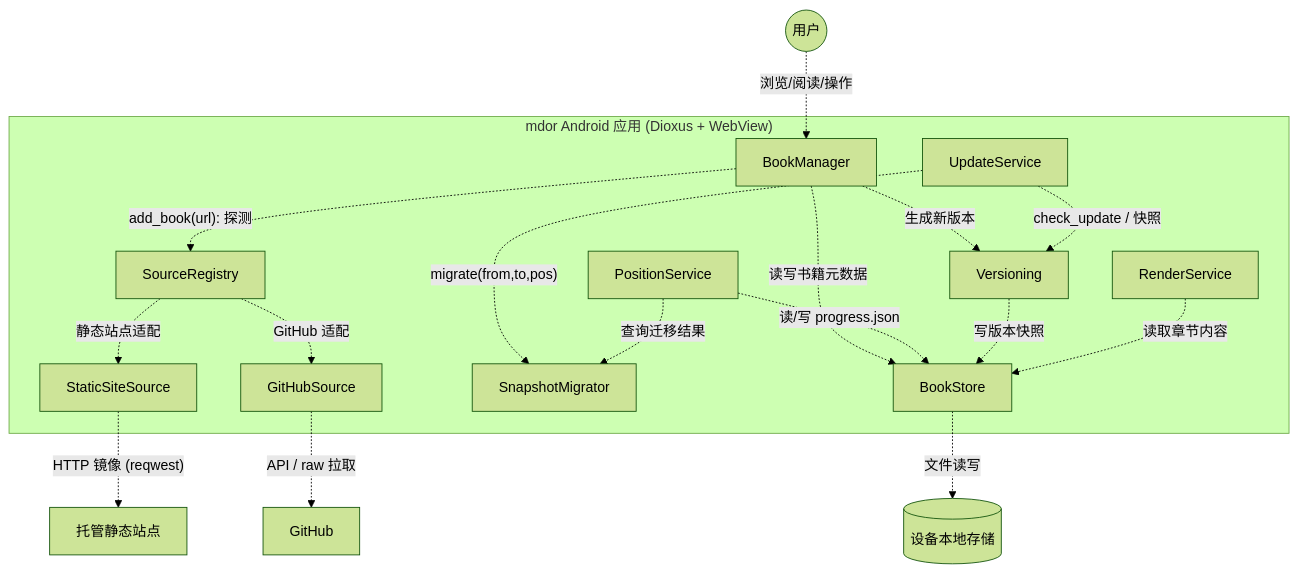
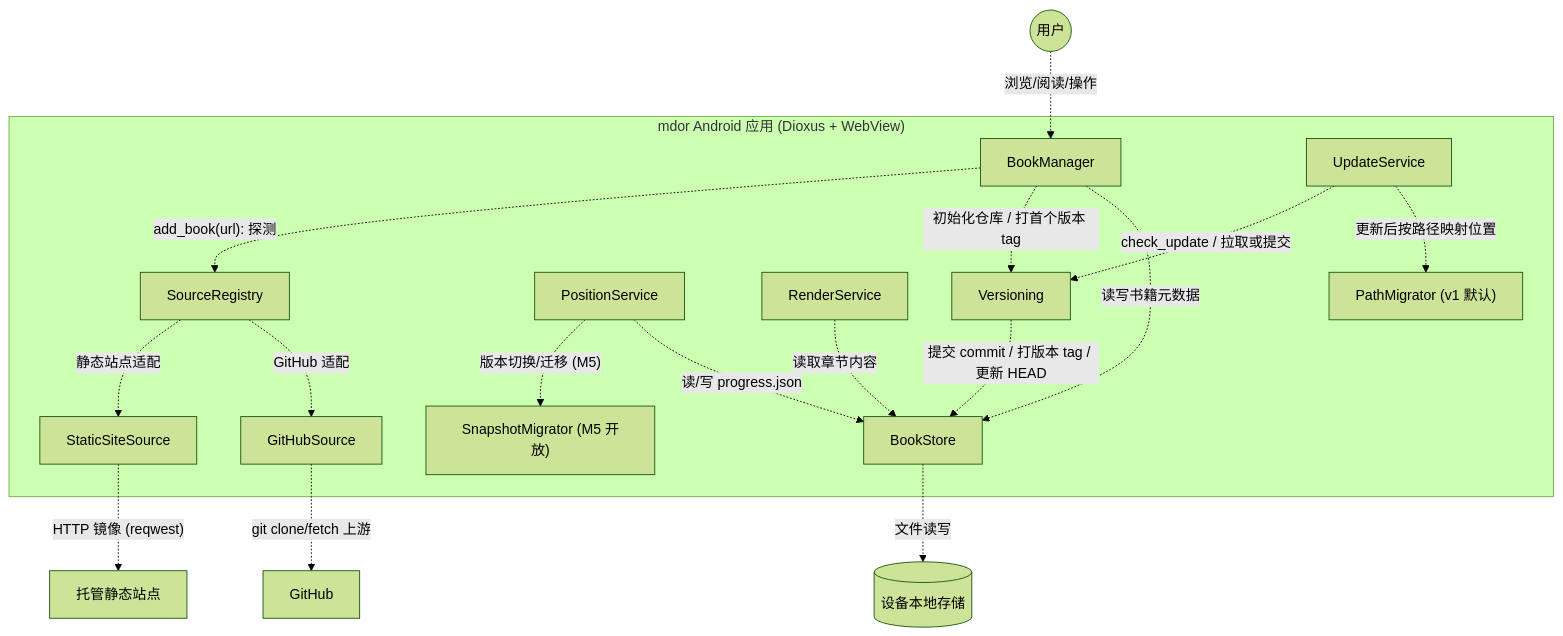
The first of 5 diagrams in doc/project.md (MNFConde/mdor), drawn with Mermaid (forest theme) before and after one commit. The commit also changed other lines of this file and 1 other file, not shown here.

````diff
--- a/doc/project.md
+++ b/doc/project.md
@@ -74,35 +76,36 @@
 ```mermaid
 graph TB
   User(("用户"))
   subgraph Mdor["mdor Android 应用 (Dioxus + WebView)"]
     Mdor.BookManager["BookManager"]
     Mdor.SourceRegistry["SourceRegistry"]
     Mdor.UpdateService["UpdateService"]
     Mdor.PositionService["PositionService"]
     Mdor.RenderService["RenderService"]
     Mdor.StaticSite["StaticSiteSource"]
     Mdor.GithubSource["GitHubSource"]
-    Mdor.SnapshotMigrator["SnapshotMigrator"]
+    Mdor.SnapshotMigrator["SnapshotMigrator (M5 开放)"]
+    Mdor.PathMigrator["PathMigrator (v1 默认)"]
     Mdor.Versioning["Versioning"]
     Mdor.BookStore["BookStore"]
   end
   RemoteHtml["托管静态站点"]
   Github["GitHub"]
   Fs[("设备本地存储")]
 
   User -. "浏览/阅读/操作" .-> Mdor.BookManager
   Mdor.BookManager -. "add_book(url): 探测" .-> Mdor.SourceRegistry
   Mdor.SourceRegistry -. "静态站点适配" .-> Mdor.StaticSite
   Mdor.SourceRegistry -. "GitHub 适配" .-> Mdor.GithubSource
-  Mdor.BookManager -. "生成新版本" .-> Mdor.Versioning
+  Mdor.BookManager -. "初始化仓库 / 打首个版本 tag" .-> Mdor.Versioning
   Mdor.BookManager -. "读写书籍元数据" .-> Mdor.BookStore
-  Mdor.UpdateService -. "check_update / 快照" .-> Mdor.Versioning
-  Mdor.UpdateService -. "migrate(from,to,pos)" .-> Mdor.SnapshotMigrator
-  Mdor.PositionService -. "查询迁移结果" .-> Mdor.SnapshotMigrator
+  Mdor.UpdateService -. "check_update / 拉取或提交" .-> Mdor.Versioning
+  Mdor.UpdateService -. "更新后按路径映射位置" .-> Mdor.PathMigrator
+  Mdor.PositionService -. "版本切换/迁移 (M5)" .-> Mdor.SnapshotMigrator
   Mdor.PositionService -. "读/写 progress.json" .-> Mdor.BookStore
-  Mdor.Versioning -. "写版本快照" .-> Mdor.BookStore
+  Mdor.Versioning -. "提交 commit / 打版本 tag / 更新 HEAD" .-> Mdor.BookStore
   Mdor.RenderService -. "读取章节内容" .-> Mdor.BookStore
   Mdor.StaticSite -. "HTTP 镜像 (reqwest)" .-> RemoteHtml
-  Mdor.GithubSource -. "API / raw 拉取" .-> Github
+  Mdor.GithubSource -. "git clone/fetch 上游" .-> Github
   Mdor.BookStore -. "文件读写" .-> Fs
 ```
````
